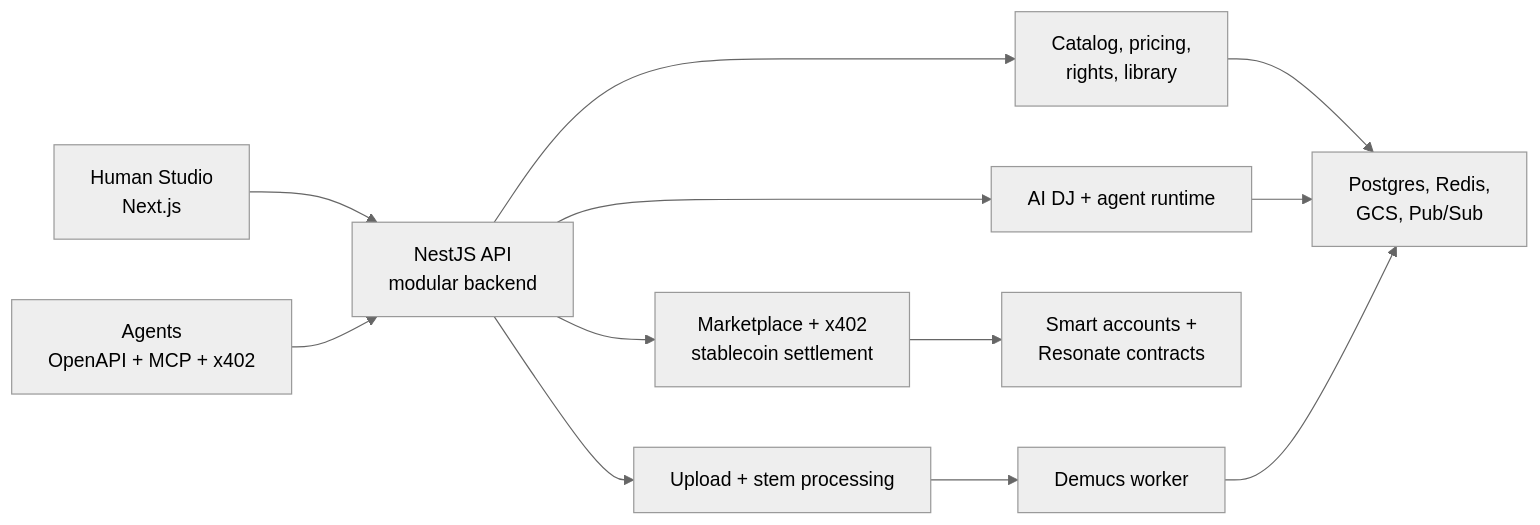
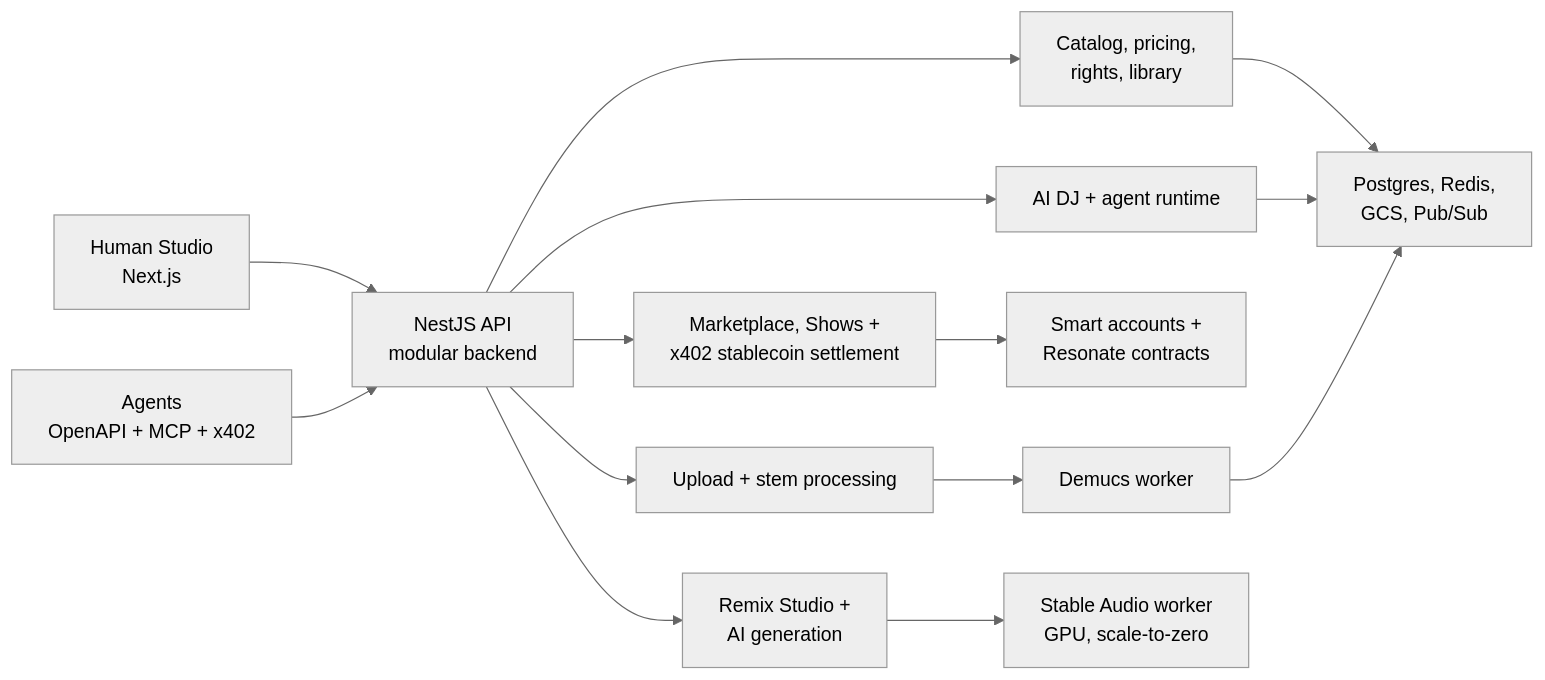
One commit to akoita/resonate changed the diagram in README.md. Above: the diagram before and after it, drawn with Mermaid (neutral theme). The commit also changed 4 other files, not shown here.

First line of the commit message:
docs(#1378): architecture refresh — Stable Audio remix worker + ShowCampaignEscrow (#1380)

````diff
--- a/README.md
+++ b/README.md
@@ -80,14 +80,16 @@
 ```mermaid
 flowchart LR
   Studio["Human Studio<br>Next.js"] --> API["NestJS API<br>modular backend"]
   Agents["Agents<br>OpenAPI + MCP + x402"] --> API
   API --> Catalog["Catalog, pricing,<br>rights, library"]
-  API --> Commerce["Marketplace + x402<br>stablecoin settlement"]
+  API --> Commerce["Marketplace, Shows +<br>x402 stablecoin settlement"]
   API --> Runtime["AI DJ + agent runtime"]
   API --> Ingestion["Upload + stem processing"]
+  API --> Remix["Remix Studio +<br>AI generation"]
   Commerce --> Chain["Smart accounts +<br>Resonate contracts"]
   Ingestion --> Worker["Demucs worker"]
+  Remix --> SAW["Stable Audio worker<br>GPU, scale-to-zero"]
   Catalog --> Data["Postgres, Redis,<br>GCS, Pub/Sub"]
   Runtime --> Data
   Worker --> Data
 ```
````
